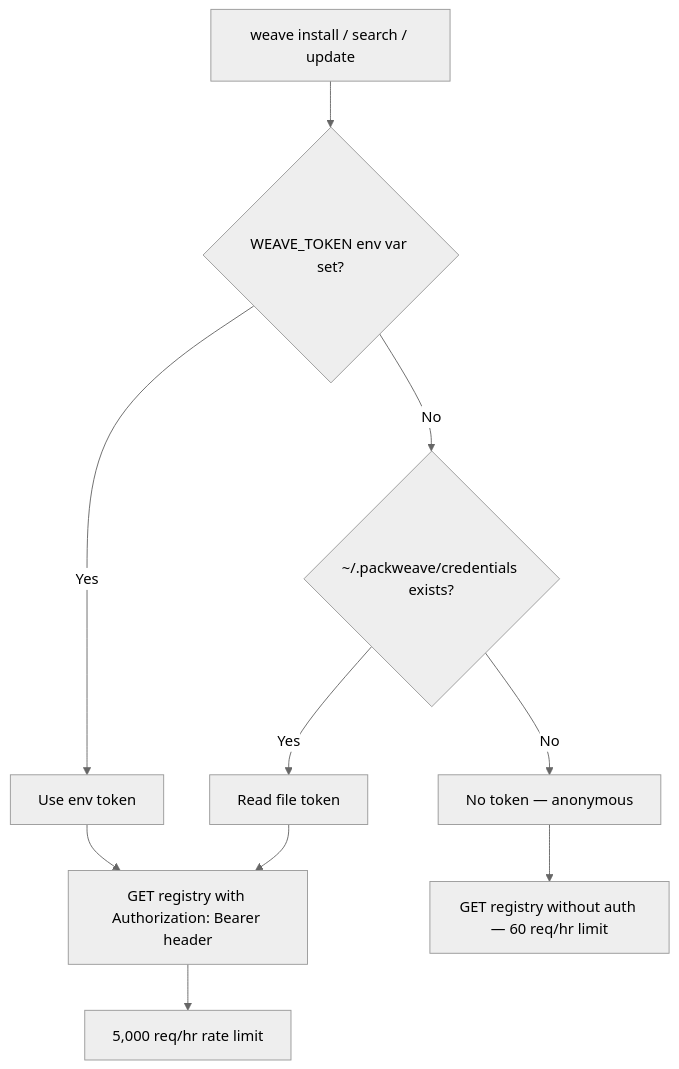
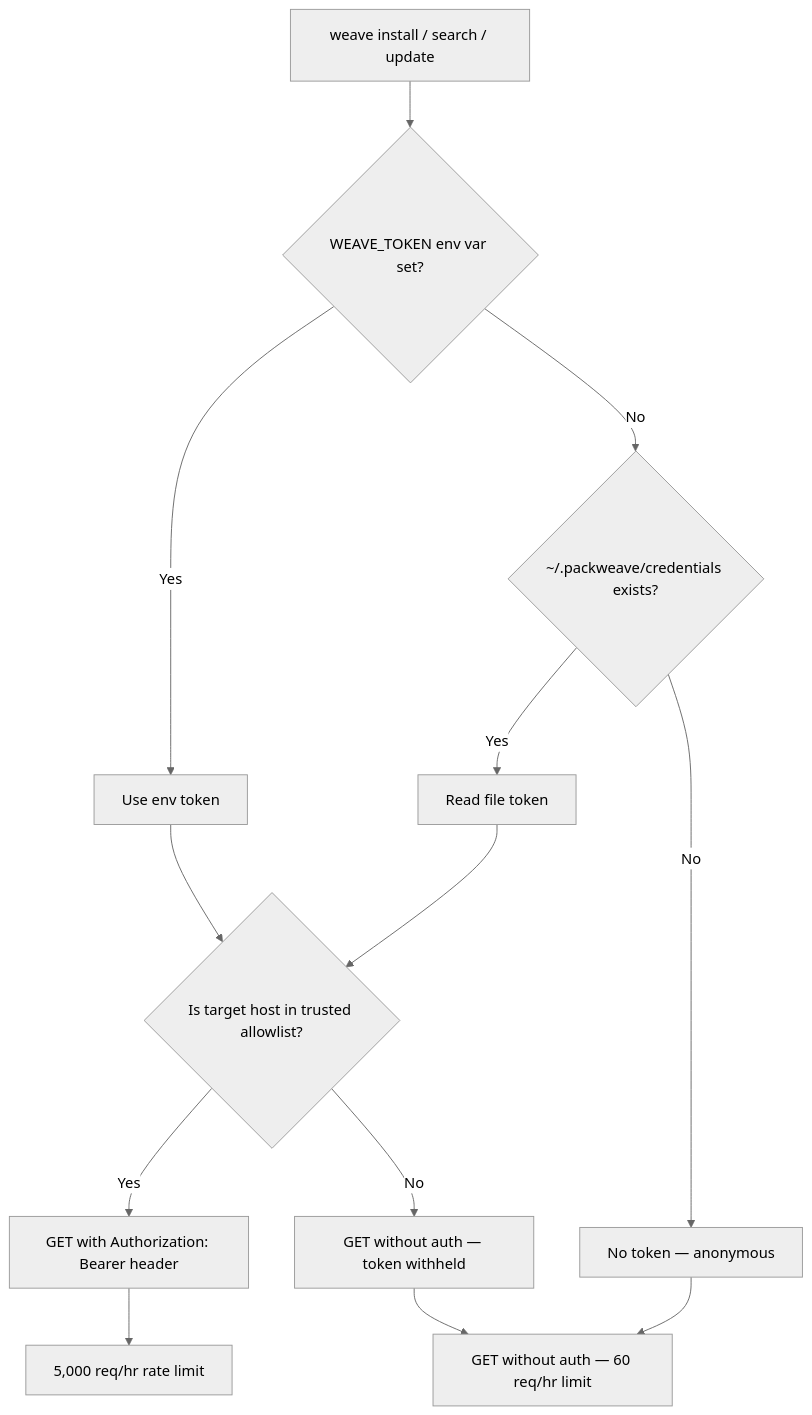
Before and after one commit to PackWeave/weave: the second of 2 diagrams in docs/REGISTRY.md, drawn with Mermaid (neutral theme). The commit also changed other lines of this file and 2 other files, not shown here.

First line of the commit message:
docs: fix auth documentation to match trusted-host implementation

````diff
--- a/docs/REGISTRY.md
+++ b/docs/REGISTRY.md
@@ -191,12 +196,15 @@
 ```mermaid
 flowchart TD
     A[weave install / search / update] --> B{WEAVE_TOKEN env var set?}
     B -->|Yes| D[Use env token]
     B -->|No| C{~/.packweave/credentials exists?}
     C -->|Yes| E[Read file token]
     C -->|No| F[No token — anonymous]
-    D --> G[GET registry with Authorization: Bearer header]
-    E --> G
-    F --> H[GET registry without auth — 60 req/hr limit]
+    D --> T{Is target host in trusted allowlist?}
+    E --> T
+    T -->|Yes| G[GET with Authorization: Bearer header]
+    T -->|No| H2[GET without auth — token withheld]
+    F --> H[GET without auth — 60 req/hr limit]
     G --> I[5,000 req/hr rate limit]
+    H2 --> H
 ```
````
